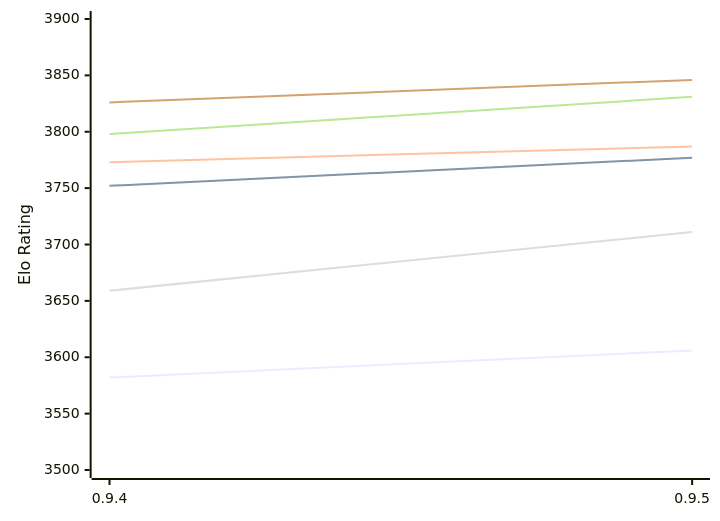
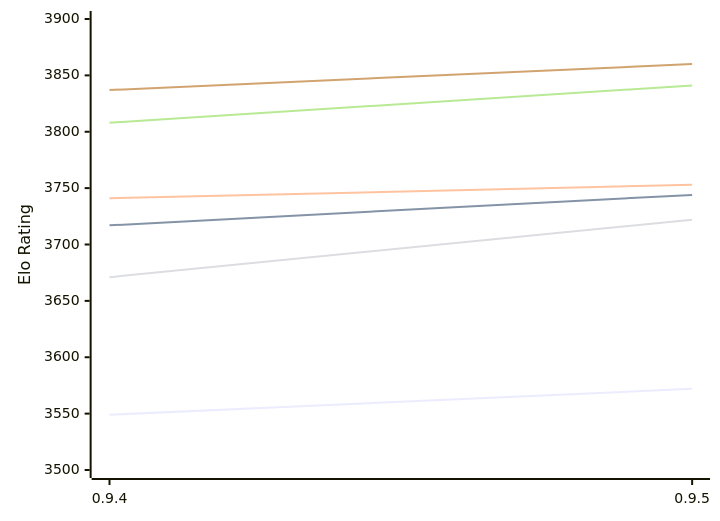
Before and after one commit to computer-chess-index/cci: the first of 2 diagrams in engines/Coda.md, drawn with Mermaid. The commit also changed other lines of this file, not shown here.

Commit message:
Update CCI Ratings (ELO VLTC) - 2026-11-12

````diff
--- a/engines/Coda.md
+++ b/engines/Coda.md
@@ -52,12 +52,12 @@
 ```mermaid
 %%{init: {"theme":"base","themeVariables":{"seriesColors:['#a3a3a3','#222221','#faa371']}}}%%
 xychart-beta
   x-axis ["0.9.4", "0.9.5"]
   y-axis "Elo Rating" 3500 --> 3900
-  line "E1: STC (8.0+0.08s)" [3582, 3606]
-  line "E1: LTC (60.0+0.60s)" [3752, 3777]
-  line "E1: VLTC (2m24s+1.12s)" [3773, 3787]
-  line "P1: STC (8.0+0.08s)" [3659, 3711]
-  line "P1: LTC (60.0+0.60s)" [3798, 3831]
-  line "P1: VLTC (2m24s+1.12s)" [3826, 3846]
+  line "E1: STC (8.0+0.08s)" [3549, 3572]
+  line "E1: LTC (60.0+0.60s)" [3717, 3744]
+  line "E1: VLTC (2m24s+1.12s)" [3741, 3753]
+  line "P1: STC (8.0+0.08s)" [3671, 3722]
+  line "P1: LTC (60.0+0.60s)" [3808, 3841]
+  line "P1: VLTC (2m24s+1.12s)" [3837, 3860]
 ```
````
